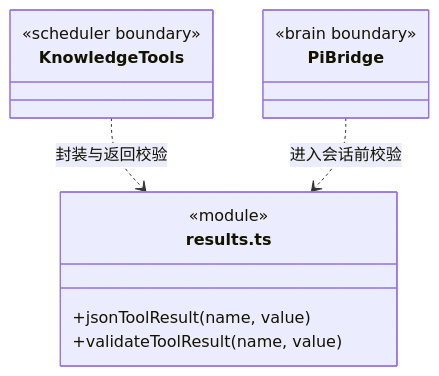
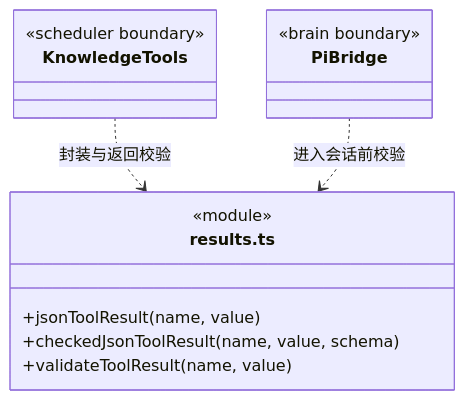
The diagram in src/backend/core/tools/CONTRACT.md (nan023062/cbim), drawn with Mermaid before and after one commit. The commit also changed other lines of this file and 28 other files, not shown here.

````diff
--- a/src/backend/core/tools/CONTRACT.md
+++ b/src/backend/core/tools/CONTRACT.md
@@ -9,16 +13,17 @@
 ```mermaid
 classDiagram
 class ResultsModule["results.ts"] {
   <<module>>
   +jsonToolResult(name, value)
+  +checkedJsonToolResult(name, value, schema)
   +validateToolResult(name, value)
 }
 class KnowledgeTools {
   <<scheduler boundary>>
 }
 class PiBridge {
   <<brain boundary>>
 }
 KnowledgeTools ..> ResultsModule : 封装与返回校验
 PiBridge ..> ResultsModule : 进入会话前校验
 ```
````
